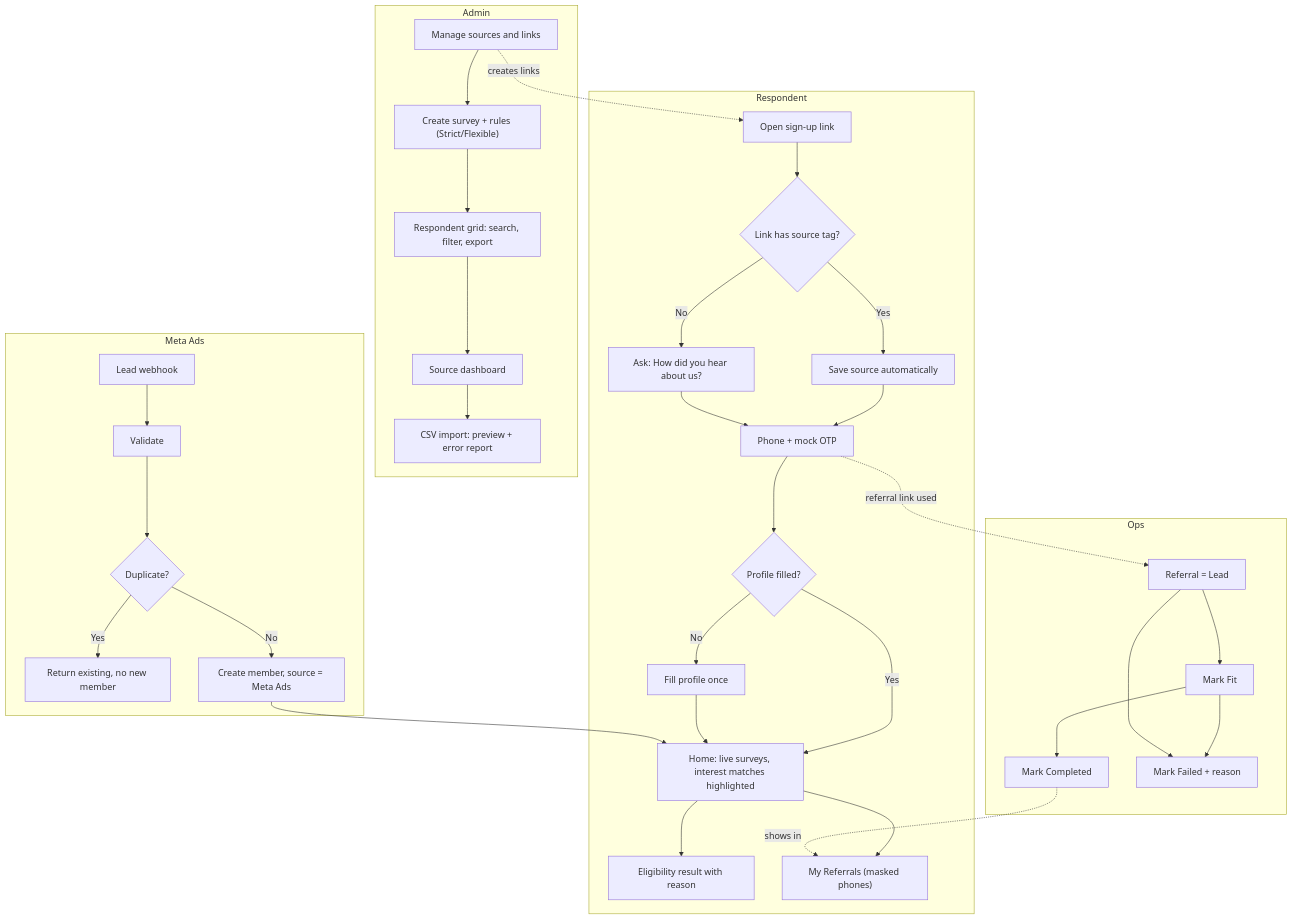
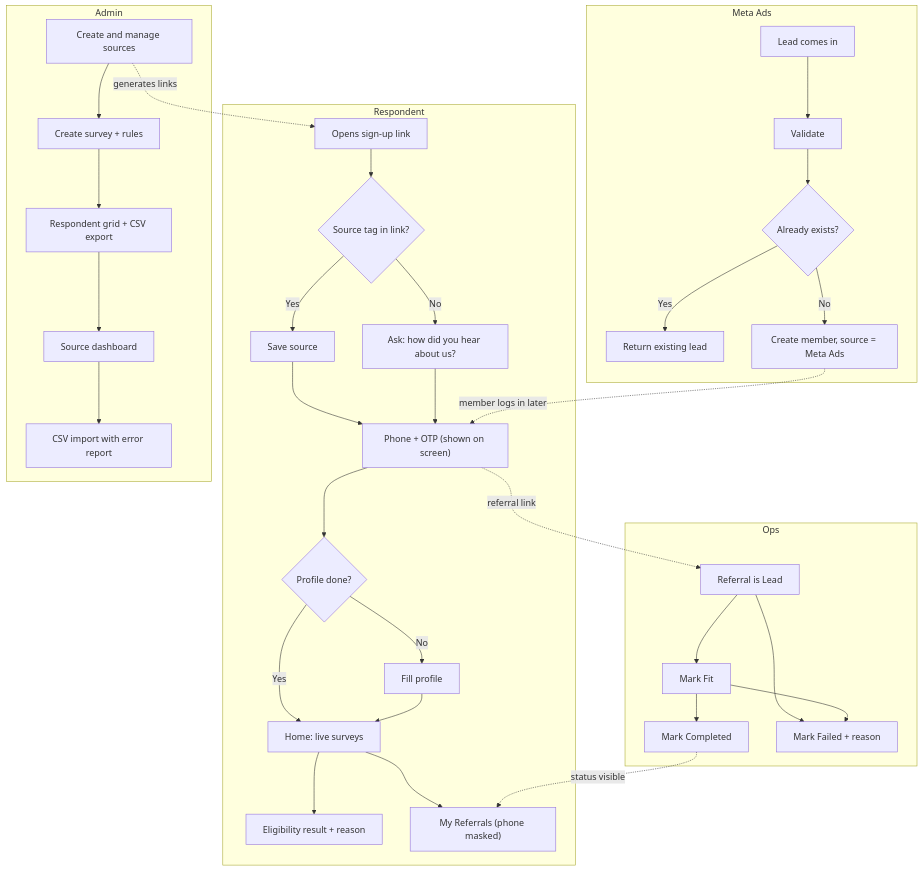
One commit to khanqais/viewbox-panel-system changed the diagram in design/user-flow.md. Above: the diagram before and after it, drawn with Mermaid.

Commit message:
adding db speed flwo

````diff
--- a/design/user-flow.md
+++ b/design/user-flow.md
@@ -1,42 +1,42 @@
 ```mermaid
 flowchart TD
     subgraph R["Respondent"]
-        R1["Open sign-up link"] --> R2{"Link has source tag?"}
-        R2 -->|Yes| R3["Save source automatically"]
-        R2 -->|No| R4["Ask: How did you hear about us?"]
-        R3 --> R5["Phone + mock OTP"]
+        R1["Opens sign-up link"] --> R2{"Source tag in link?"}
+        R2 -->|Yes| R3["Save source"]
+        R2 -->|No| R4["Ask: how did you hear about us?"]
+        R3 --> R5["Phone + OTP (shown on screen)"]
         R4 --> R5
-        R5 --> R6{"Profile filled?"}
-        R6 -->|No| R7["Fill profile once"]
-        R6 -->|Yes| R8["Home: live surveys, interest matches highlighted"]
+        R5 --> R6{"Profile done?"}
+        R6 -->|No| R7["Fill profile"]
+        R6 -->|Yes| R8["Home: live surveys"]
         R7 --> R8
-        R8 --> R9["Eligibility result with reason"]
-        R8 --> R10["My Referrals (masked phones)"]
+        R8 --> R9["Eligibility result + reason"]
+        R8 --> R10["My Referrals (phone masked)"]
     end
 
     subgraph A["Admin"]
-        A1["Manage sources and links"] --> A2["Create survey + rules (Strict/Flexible)"]
-        A2 --> A3["Respondent grid: search, filter, export"]
+        A1["Create and manage sources"] --> A2["Create survey + rules"]
+        A2 --> A3["Respondent grid + CSV export"]
         A3 --> A4["Source dashboard"]
-        A4 --> A5["CSV import: preview + error report"]
+        A4 --> A5["CSV import with error report"]
     end
 
     subgraph O["Ops"]
-        O1["Referral = Lead"] --> O2["Mark Fit"]
+        O1["Referral is Lead"] --> O2["Mark Fit"]
         O2 --> O3["Mark Completed"]
-        O2 --> O4["Mark Failed + reason"]
-        O1 --> O4
+        O1 --> O4["Mark Failed + reason"]
+        O2 --> O4
     end
 
     subgraph M["Meta Ads"]
-        M1["Lead webhook"] --> M2["Validate"]
-        M2 --> M3{"Duplicate?"}
-        M3 -->|Yes| M4["Return existing, no new member"]
+        M1["Lead comes in"] --> M2["Validate"]
+        M2 --> M3{"Already exists?"}
+        M3 -->|Yes| M4["Return existing lead"]
         M3 -->|No| M5["Create member, source = Meta Ads"]
     end
 
-    R5 -.->|"referral link used"| O1
-    A1 -.->|"creates links"| R1
-    M5 --> R8
-    O3 -.->|"shows in"| R10
+    R5 -.->|"referral link"| O1
+    A1 -.->|"generates links"| R1
+    M5 -.->|"member logs in later"| R5
+    O3 -.->|"status visible"| R10
 ```
````
